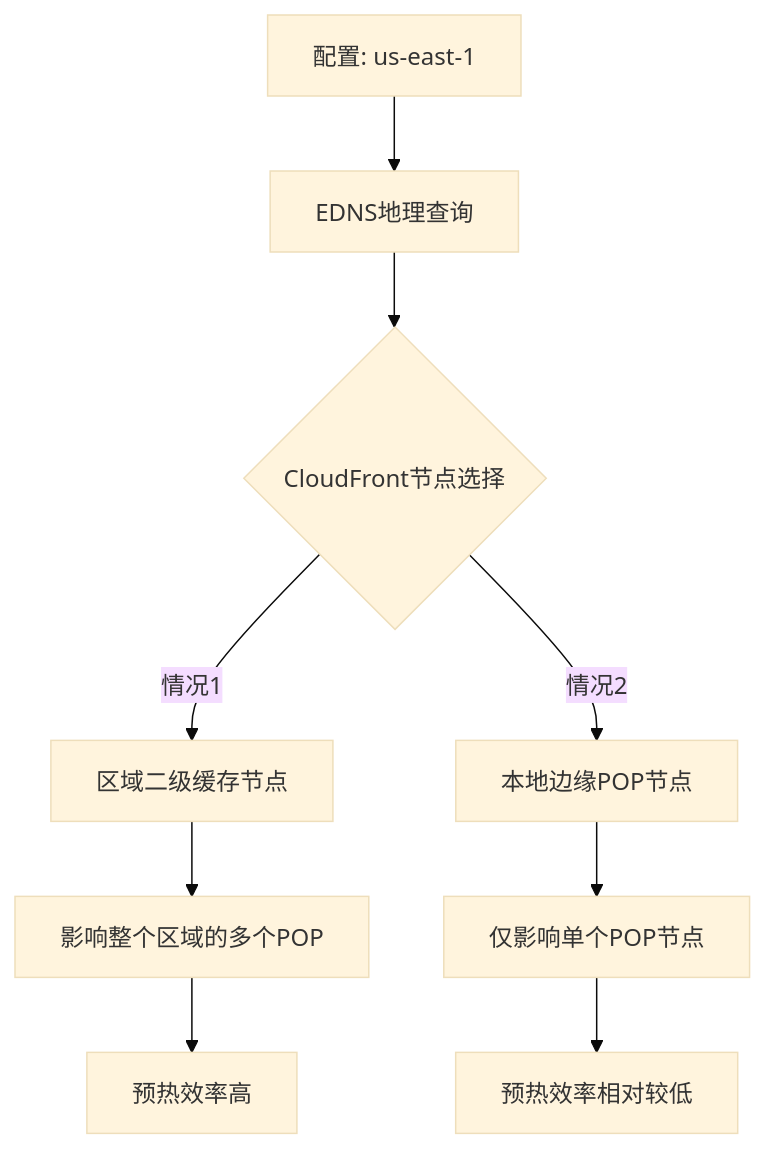
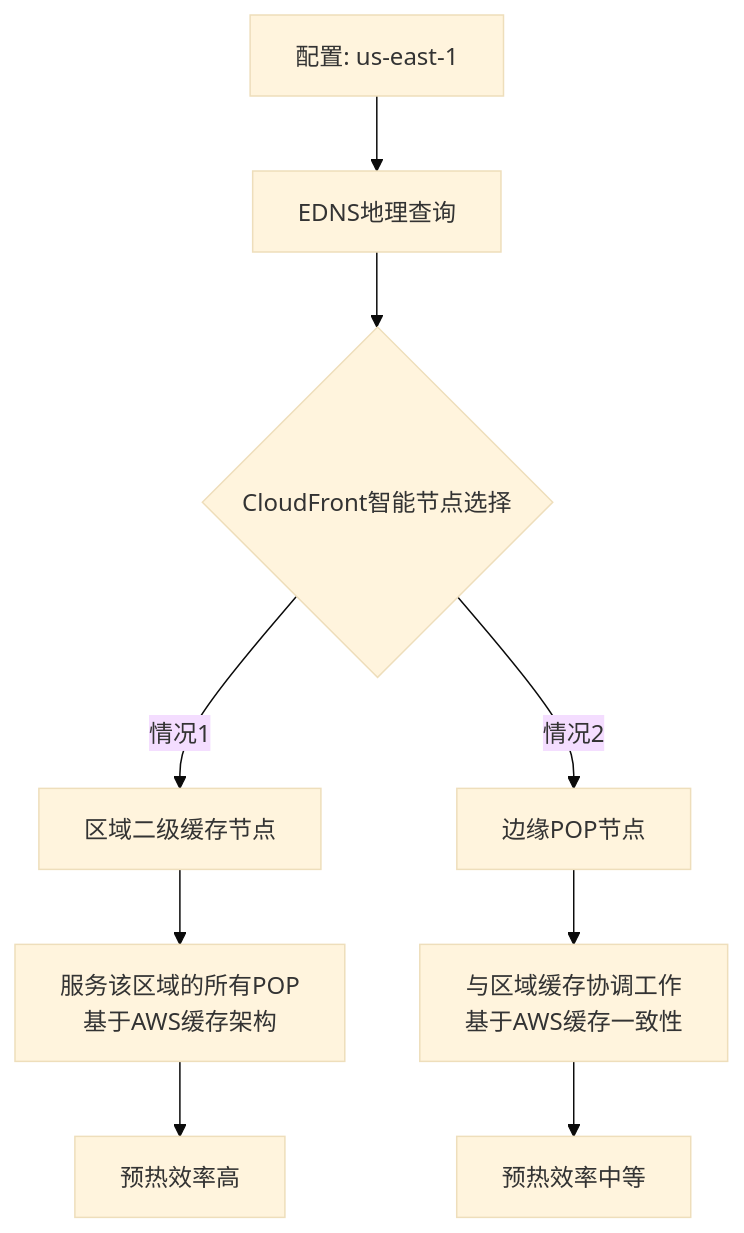
Diagram 15 of 17 in CloudFront预热方案详解.md (ddpie/aws-references), drawn with Mermaid (base theme) before and after one commit. The commit also changed other lines of this file, not shown here.

````diff
--- a/CloudFront预热方案详解.md
+++ b/CloudFront预热方案详解.md
@@ -490,14 +625,14 @@
 ```mermaid
 graph TD
     RegionConfig[配置: us-east-1] --> DNSQuery[EDNS地理查询]
-    DNSQuery --> NodeSelection{CloudFront节点选择}
+    DNSQuery --> NodeSelection{CloudFront智能节点选择}
     
     NodeSelection -->|情况1| RegionalEdge[区域二级缓存节点]
-    NodeSelection -->|情况2| LocalPOP[本地边缘POP节点]
+    NodeSelection -->|情况2| LocalPOP[边缘POP节点]
     
-    RegionalEdge --> WideImpact[影响整个区域的多个POP]
-    LocalPOP --> LimitedImpact[仅影响单个POP节点]
+    RegionalEdge --> WideImpact[服务该区域的所有POP<br/>基于AWS缓存架构]
+    LocalPOP --> CoordinatedCache[与区域缓存协调工作<br/>基于AWS缓存一致性]
     
     WideImpact --> HighEfficiency[预热效率高]
-    LimitedImpact --> LowEfficiency[预热效率相对较低]
+    CoordinatedCache --> ModerateEfficiency[预热效率中等]
 ```
````
